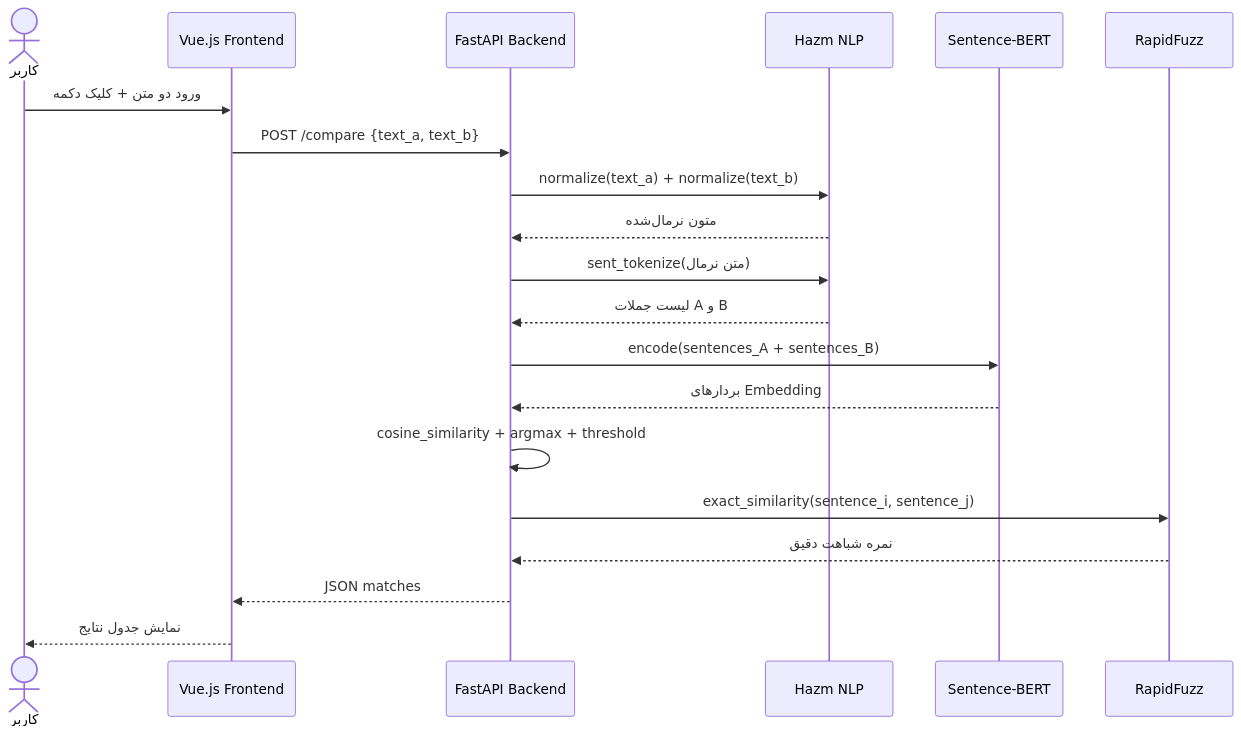
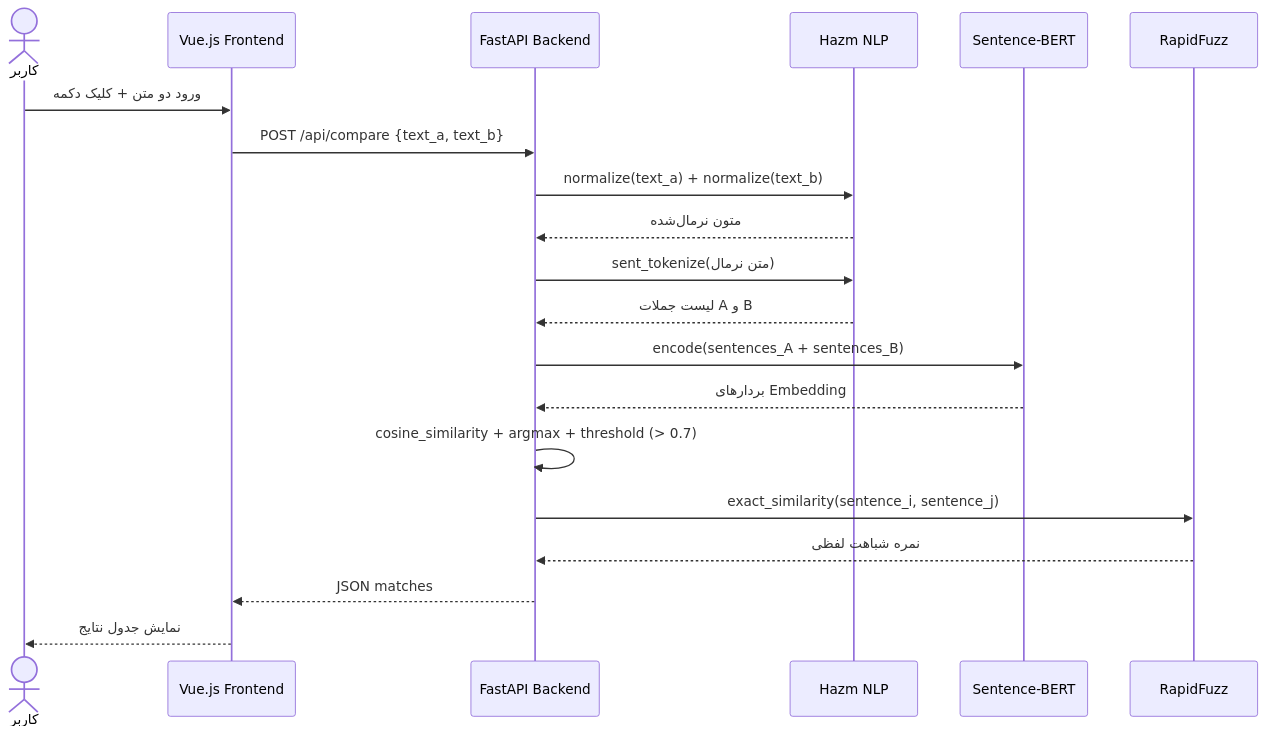
One commit to muhammad-soltani/Batman changed the third of 3 diagrams in README.md. Above: the diagram before and after it, drawn with Mermaid. The commit also changed other lines of this file and 49 other files, not shown here.

````diff
--- a/README.md
+++ b/README.md
@@ -220,23 +223,23 @@
 ```mermaid
 sequenceDiagram
     actor کاربر
     participant Vue as Vue.js Frontend
     participant FastAPI as FastAPI Backend
     participant Hazm as Hazm NLP
     participant BERT as Sentence-BERT
     participant RF as RapidFuzz
 
     کاربر->>Vue: ورود دو متن + کلیک دکمه
-    Vue->>FastAPI: POST /compare {text_a, text_b}
+    Vue->>FastAPI: POST /api/compare {text_a, text_b}
     FastAPI->>Hazm: normalize(text_a) + normalize(text_b)
     Hazm-->>FastAPI: متون نرمال‌شده
     FastAPI->>Hazm: sent_tokenize(متن نرمال)
     Hazm-->>FastAPI: لیست جملات A و B
     FastAPI->>BERT: encode(sentences_A + sentences_B)
     BERT-->>FastAPI: بردارهای Embedding
-    FastAPI->>FastAPI: cosine_similarity + argmax + threshold
+    FastAPI->>FastAPI: cosine_similarity + argmax + threshold (> 0.7)
     FastAPI->>RF: exact_similarity(sentence_i, sentence_j)
-    RF-->>FastAPI: نمره شباهت دقیق
+    RF-->>FastAPI: نمره شباهت لفظی
     FastAPI-->>Vue: JSON matches
     Vue-->>کاربر: نمایش جدول نتایج
 ```
````
